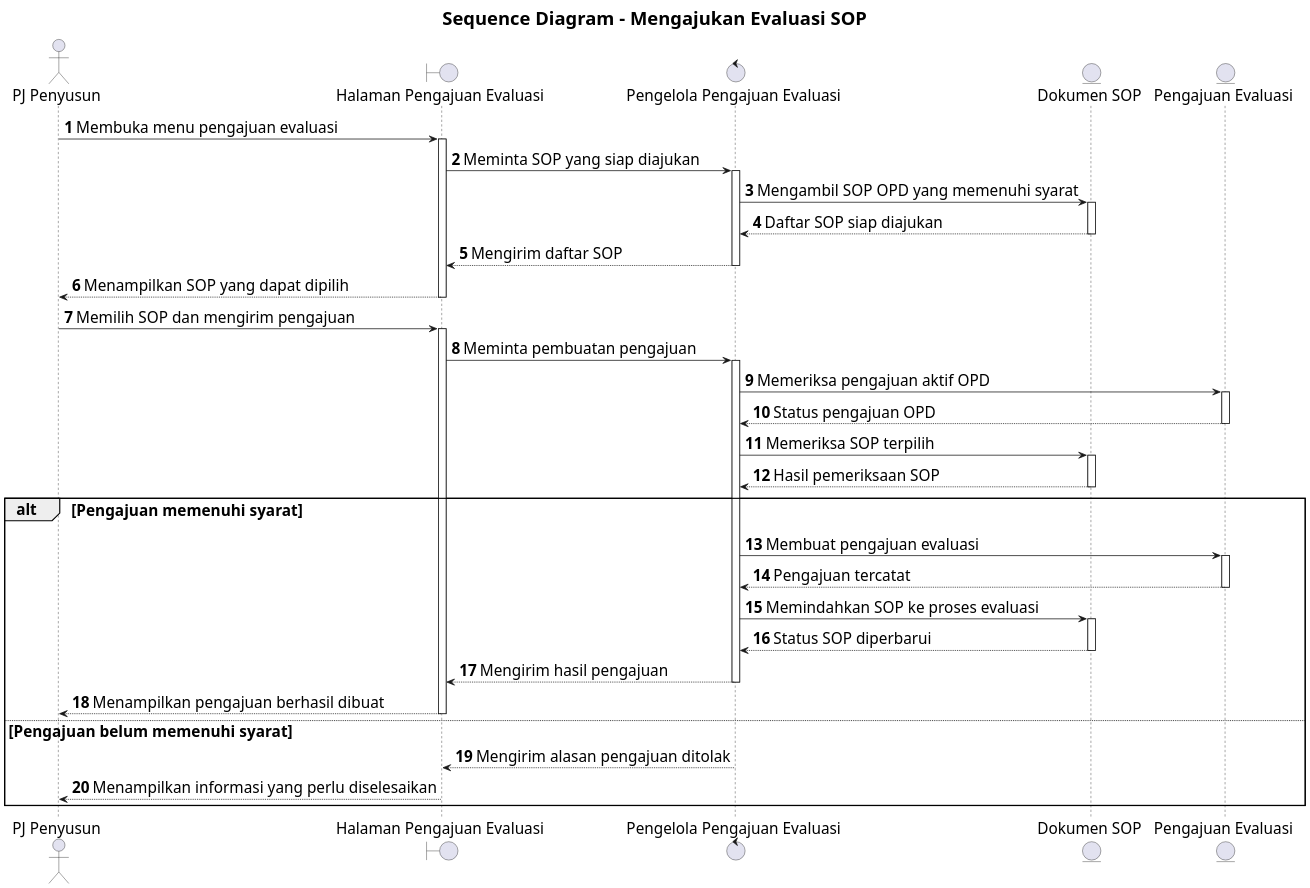
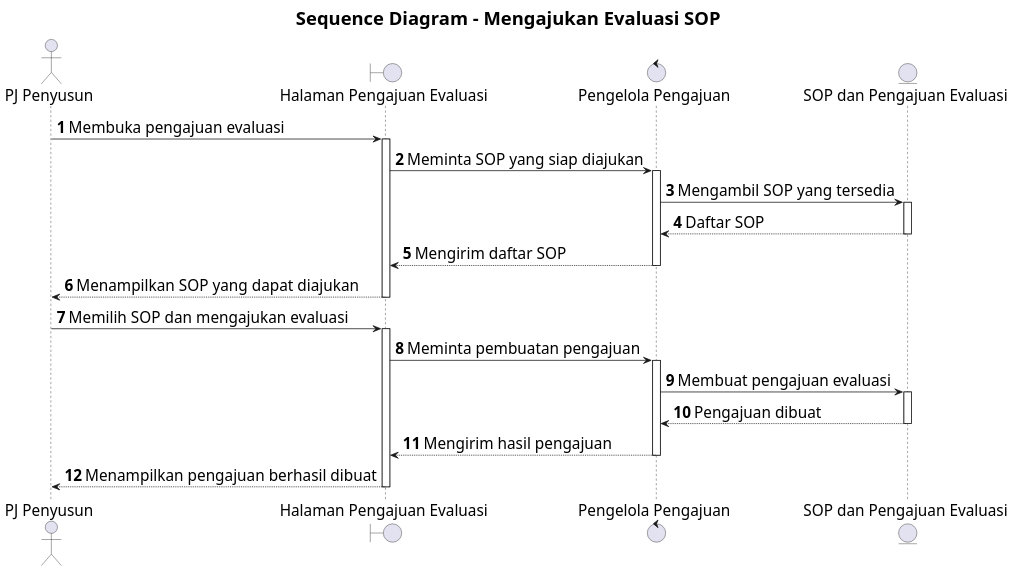
Before and after one commit to howlil/sop-generate-app: the diagram in docs/sequence/pj-penyusun-mengajukan-evaluasi-sop.md, drawn with PlantUML. The commit also changed other lines of this file and 20 other files, not shown here.

Commit message:
docs(sequence): simplify interaction detail across use cases

````diff
--- a/docs/sequence/pj-penyusun-mengajukan-evaluasi-sop.md
+++ b/docs/sequence/pj-penyusun-mengajukan-evaluasi-sop.md
@@ -16,44 +16,31 @@
 ```plantuml
 @startuml
 skinparam defaultFontSize 20
 skinparam titleFontSize 24
 skinparam dpi 160
 
 title Sequence Diagram - Mengajukan Evaluasi SOP
 autonumber
 autoactivate on
 
 actor "PJ Penyusun" as A
 boundary "Halaman Pengajuan Evaluasi" as B
-control "Pengelola Pengajuan Evaluasi" as C
-entity "Dokumen SOP" as D
-entity "Pengajuan Evaluasi" as E
+control "Pengelola Pengajuan" as C
+entity "SOP dan Pengajuan Evaluasi" as D
 
-A -> B : Membuka menu pengajuan evaluasi
+A -> B : Membuka pengajuan evaluasi
 B -> C : Meminta SOP yang siap diajukan
-C -> D : Mengambil SOP OPD yang memenuhi syarat
-D --> C : Daftar SOP siap diajukan
+C -> D : Mengambil SOP yang tersedia
+D --> C : Daftar SOP
 C --> B : Mengirim daftar SOP
-B --> A : Menampilkan SOP yang dapat dipilih
+B --> A : Menampilkan SOP yang dapat diajukan
 
-A -> B : Memilih SOP dan mengirim pengajuan
+A -> B : Memilih SOP dan mengajukan evaluasi
 B -> C : Meminta pembuatan pengajuan
-C -> E : Memeriksa pengajuan aktif OPD
-E --> C : Status pengajuan OPD
-C -> D : Memeriksa SOP terpilih
-D --> C : Hasil pemeriksaan SOP
-
-alt Pengajuan memenuhi syarat
-  C -> E : Membuat pengajuan evaluasi
-  E --> C : Pengajuan tercatat
-  C -> D : Memindahkan SOP ke proses evaluasi
-  D --> C : Status SOP diperbarui
-  C --> B : Mengirim hasil pengajuan
-  B --> A : Menampilkan pengajuan berhasil dibuat
-else Pengajuan belum memenuhi syarat
-  C --> B : Mengirim alasan pengajuan ditolak
-  B --> A : Menampilkan informasi yang perlu diselesaikan
-end
+C -> D : Membuat pengajuan evaluasi
+D --> C : Pengajuan dibuat
+C --> B : Mengirim hasil pengajuan
+B --> A : Menampilkan pengajuan berhasil dibuat
 
 @enduml
 ```
````
